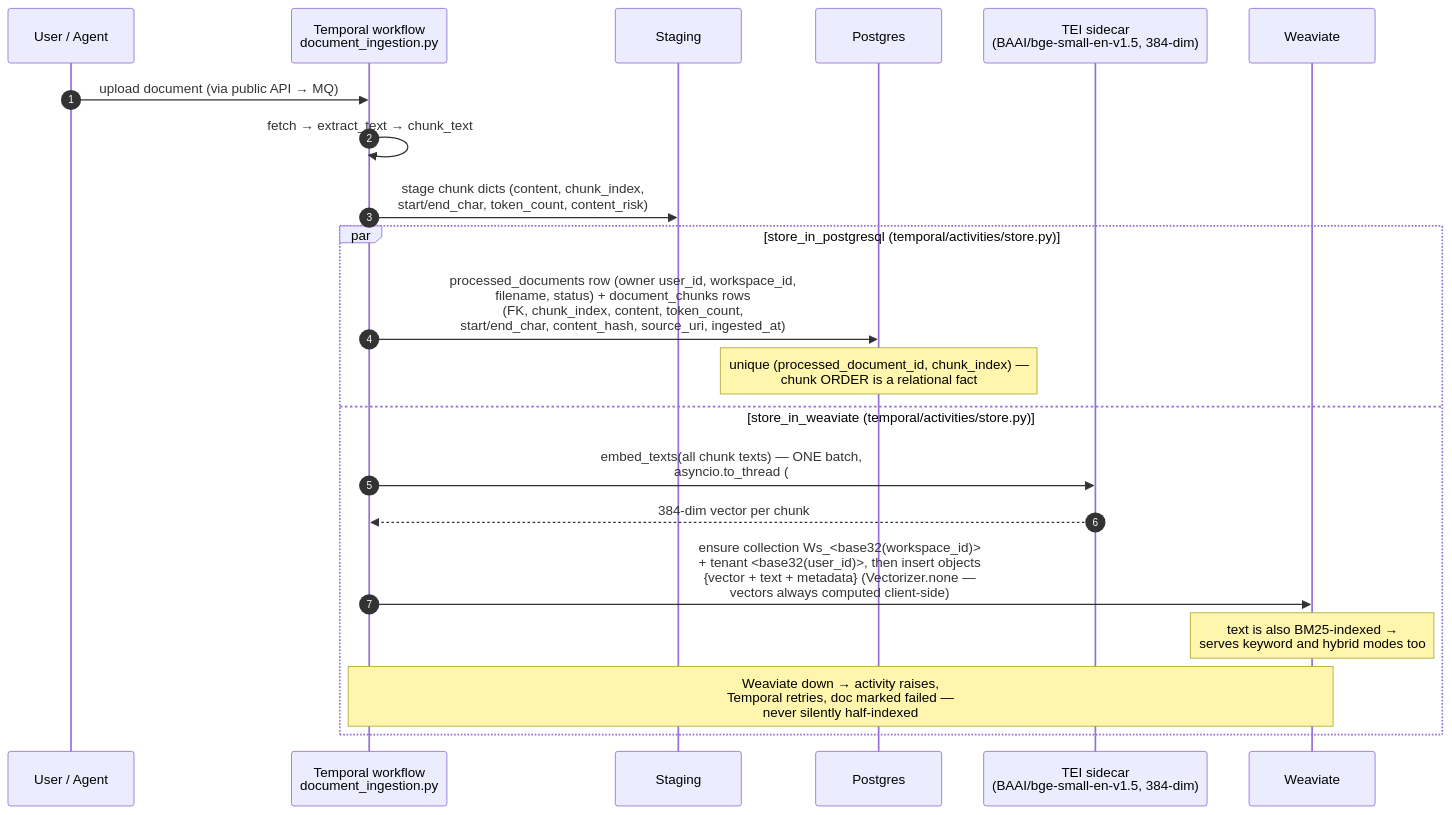
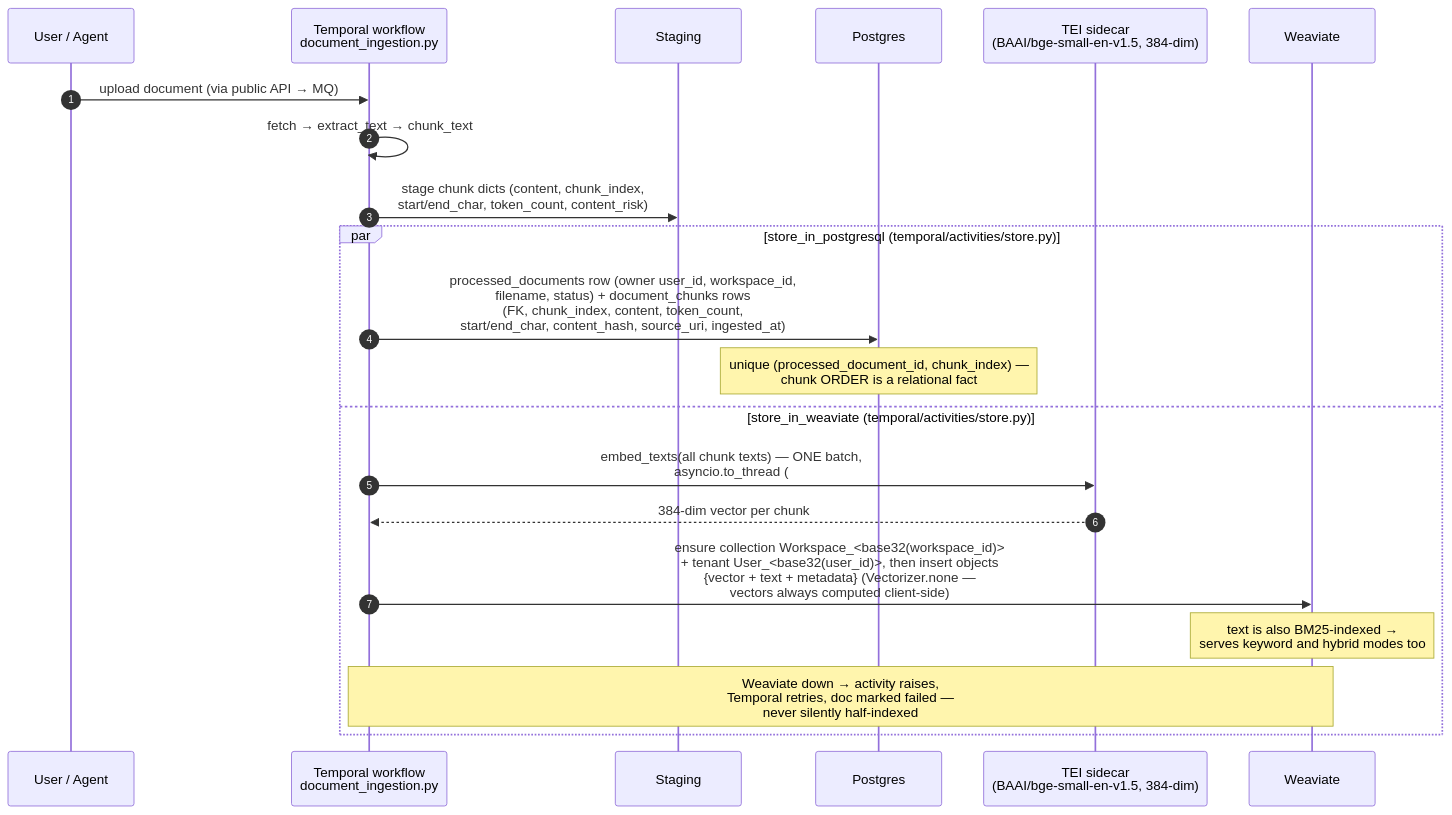
One commit to akash1047/inherent changed the fourth of 4 diagrams in docs/developer/search-sequence.md. Above: the diagram before and after it, drawn with Mermaid. The commit also changed other lines of this file and 2 other files, not shown here.

First paragraph of the commit message:
docs: fix ADR 0002 review blockers — 4th golden pin, wrong prefixes, date conflation (#164)
Two review gates caught real defects in the prior ADR 0002 amendment:

````diff
--- a/docs/developer/search-sequence.md
+++ b/docs/developer/search-sequence.md
@@ -231,25 +231,25 @@
 ```mermaid
 sequenceDiagram
     autonumber
     participant U as User / Agent
     participant WF as Temporal workflow<br/>document_ingestion.py
     participant ST as Staging
     participant PG as Postgres
     participant TEI as TEI sidecar<br/>(BAAI/bge-small-en-v1.5, 384-dim)
     participant WV as Weaviate
 
     U->>WF: upload document (via public API → MQ)
     WF->>WF: fetch → extract_text → chunk_text
     WF->>ST: stage chunk dicts (content, chunk_index,<br/>start/end_char, token_count, content_risk)
 
     par store_in_postgresql (temporal/activities/store.py)
         WF->>PG: processed_documents row (owner user_id, workspace_id,<br/>filename, status) + document_chunks rows<br/>(FK, chunk_index, content, token_count,<br/>start/end_char, content_hash, source_uri, ingested_at)
         Note over PG: unique (processed_document_id, chunk_index) —<br/>chunk ORDER is a relational fact
     and store_in_weaviate (temporal/activities/store.py)
         WF->>TEI: embed_texts(all chunk texts) — ONE batch,<br/>asyncio.to_thread (#19)
         TEI-->>WF: 384-dim vector per chunk
-        WF->>WV: ensure collection Ws_<base32(workspace_id)><br/>+ tenant <base32(user_id)>, then insert objects<br/>{vector + text + metadata} (Vectorizer.none —<br/>vectors always computed client-side)
+        WF->>WV: ensure collection Workspace_<base32(workspace_id)><br/>+ tenant User_<base32(user_id)>, then insert objects<br/>{vector + text + metadata} (Vectorizer.none —<br/>vectors always computed client-side)
         Note over WV: text is also BM25-indexed →<br/>serves keyword and hybrid modes too
         Note over WF,WV: Weaviate down → activity raises,<br/>Temporal retries, doc marked failed —<br/>never silently half-indexed
     end
 ```
````
